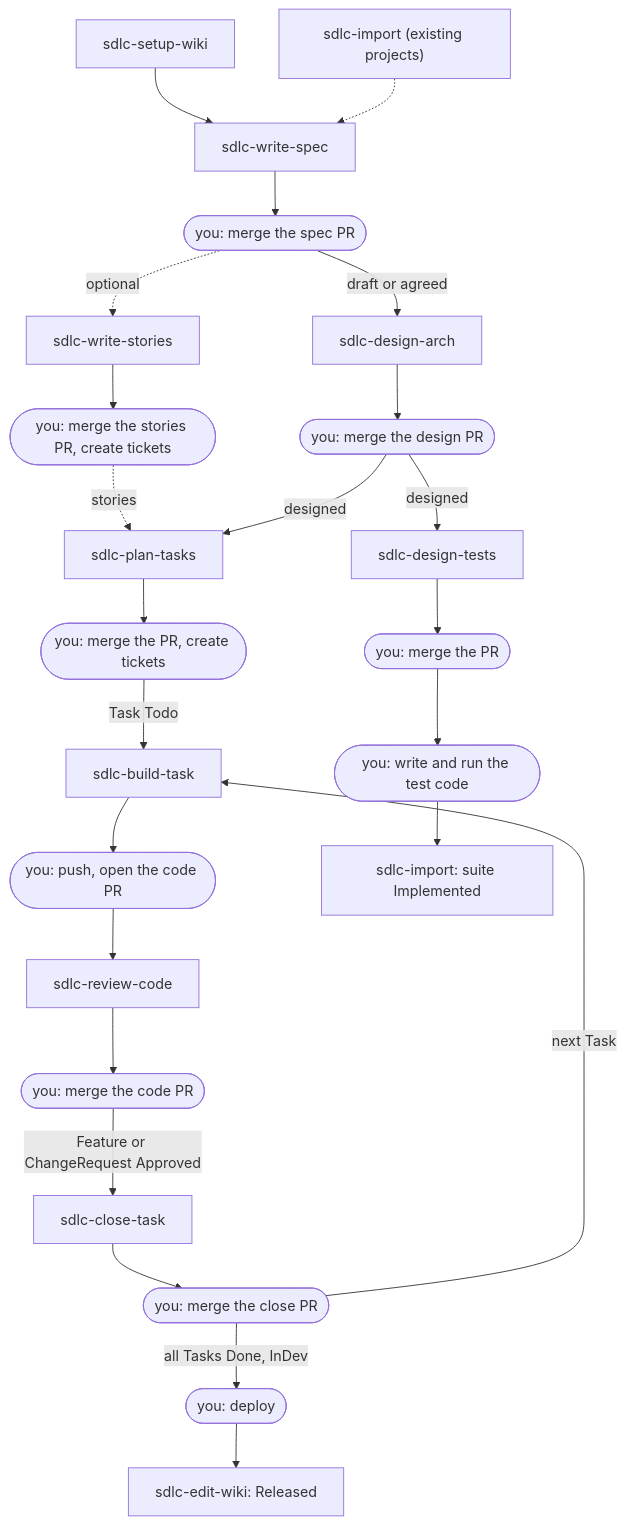
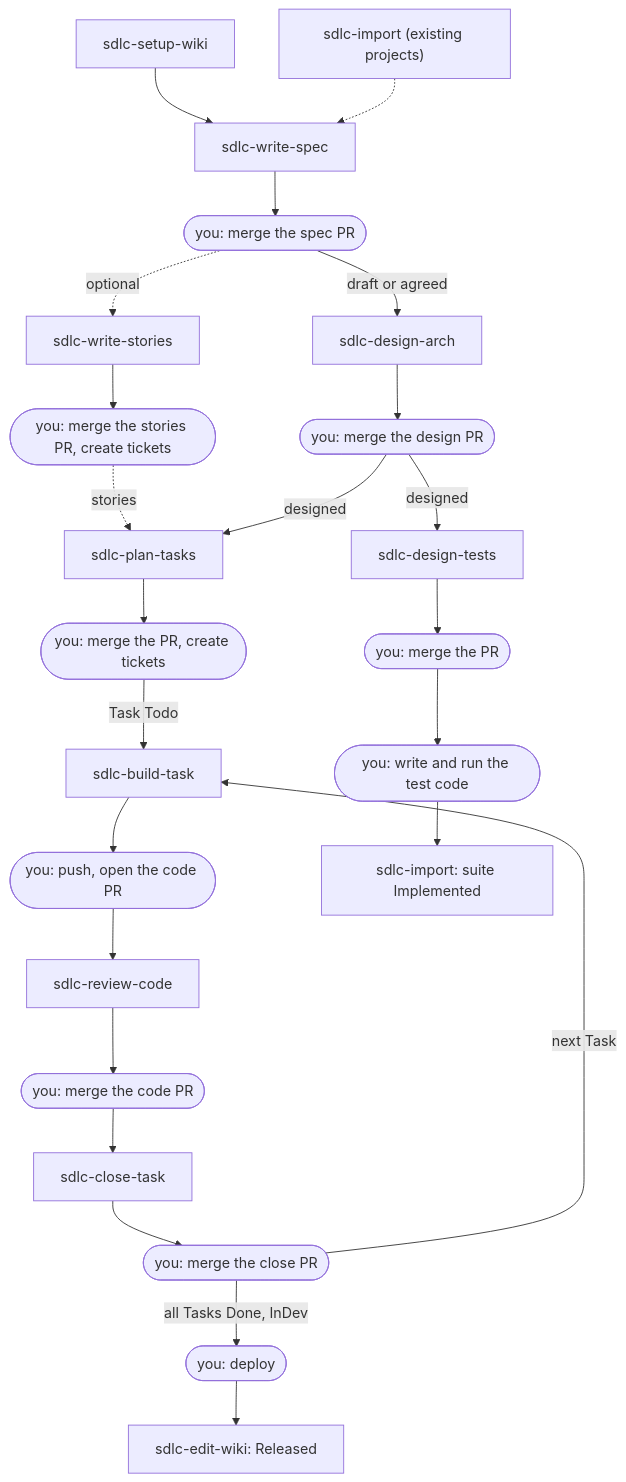
Before and after one commit to ntanh1402/sdlc-skills: the diagram in README.md, drawn with Mermaid. The commit also changed other lines of this file and 703 other files, not shown here.

````diff
--- a/README.md
+++ b/README.md
@@ -85,26 +87,26 @@
 ```mermaid
 flowchart TD
   setup["sdlc-setup-wiki"] --> spec
   import["sdlc-import (existing projects)"] -.-> spec
   spec["sdlc-write-spec"] --> m1(["you: merge the spec PR"])
   m1 -- "draft or agreed" --> arch["sdlc-design-arch"]
   m1 -. "optional" .-> stories["sdlc-write-stories"]
   stories --> m6(["you: merge the stories PR, create tickets"])
   m6 -. "stories" .-> tasks
   arch --> m2(["you: merge the design PR"])
   m2 -- "designed" --> tasks["sdlc-plan-tasks"]
   m2 -- "designed" --> tests["sdlc-design-tests"]
   tasks --> m3(["you: merge the PR, create tickets"])
   m3 -- "Task Todo" --> build["sdlc-build-task"]
   build --> pr(["you: push, open the code PR"])
   pr --> review["sdlc-review-code"]
   review --> merge(["you: merge the code PR"])
-  merge -- "Feature or ChangeRequest Approved" --> close["sdlc-close-task"]
+  merge --> close["sdlc-close-task"]
   close --> m5(["you: merge the close PR"])
   m5 -- "next Task" --> build
   m5 -- "all Tasks Done, InDev" --> ship(["you: deploy"])
   ship --> released["sdlc-edit-wiki: Released"]
   tests --> m4(["you: merge the PR"])
   m4 --> testcode(["you: write and run the test code"])
   testcode --> importT["sdlc-import: suite Implemented"]
 ```
````
